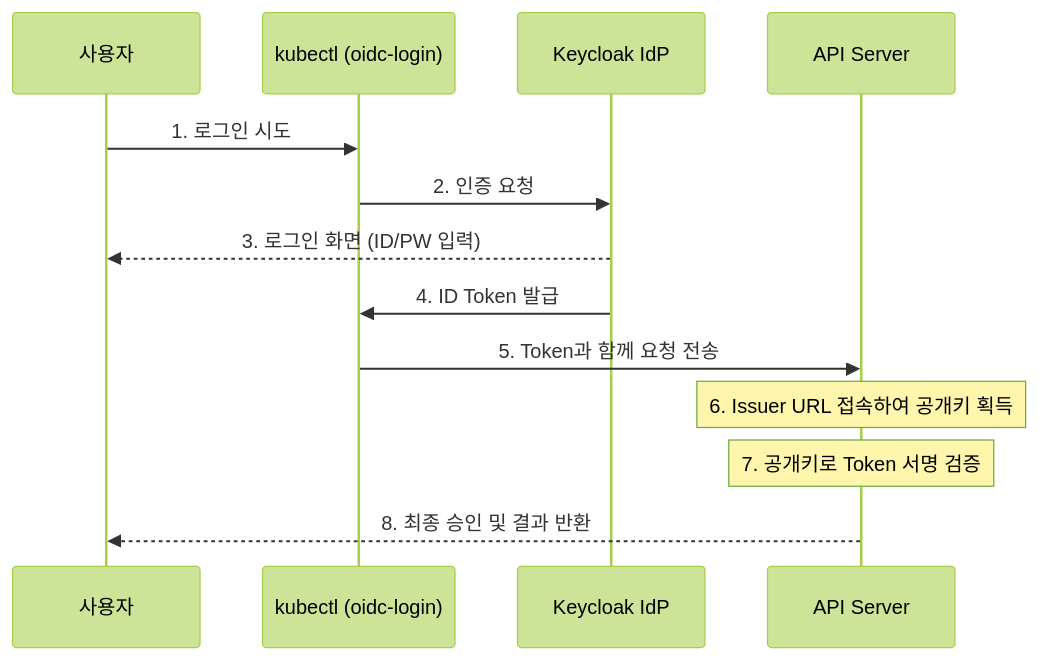
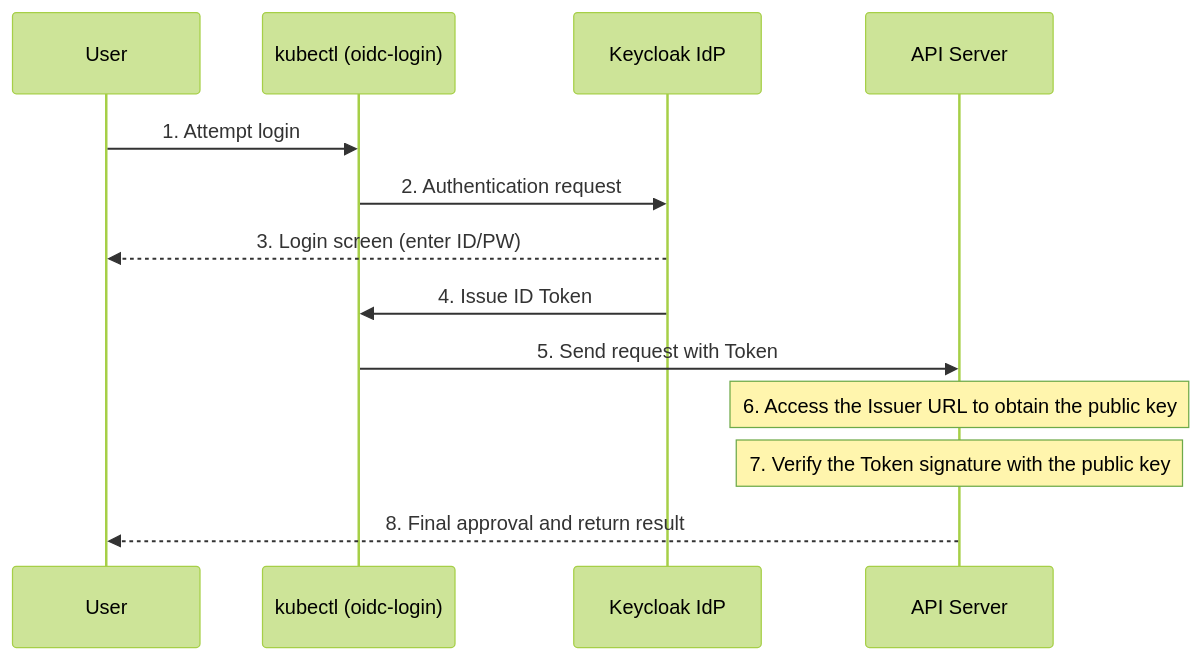
The diagram in content/security/05-advanced/39-lab-k8s-keycloak-oidc.md (jeonck/k8s-adv), drawn with Mermaid (forest theme) before and after one commit. The commit also changed other lines of this file and 223 other files, not shown here.

````diff
--- a/content/security/05-advanced/39-lab-k8s-keycloak-oidc.md
+++ b/content/security/05-advanced/39-lab-k8s-keycloak-oidc.md
@@ -26,16 +26,16 @@
 ```mermaid
 sequenceDiagram
-    participant U as 사용자
+    participant U as User
     participant K as kubectl (oidc-login)
     participant KC as Keycloak IdP
     participant AS as API Server
     
-    U->>K: 1. 로그인 시도
-    K->>KC: 2. 인증 요청
-    KC-->>U: 3. 로그인 화면 (ID/PW 입력)
-    KC->>K: 4. ID Token 발급
-    K->>AS: 5. Token과 함께 요청 전송
-    Note over AS: 6. Issuer URL 접속하여 공개키 획득
-    Note over AS: 7. 공개키로 Token 서명 검증
-    AS-->>U: 8. 최종 승인 및 결과 반환
+    U->>K: 1. Attempt login
+    K->>KC: 2. Authentication request
+    KC-->>U: 3. Login screen (enter ID/PW)
+    KC->>K: 4. Issue ID Token
+    K->>AS: 5. Send request with Token
+    Note over AS: 6. Access the Issuer URL to obtain the public key
+    Note over AS: 7. Verify the Token signature with the public key
+    AS-->>U: 8. Final approval and return result
 ```
````
